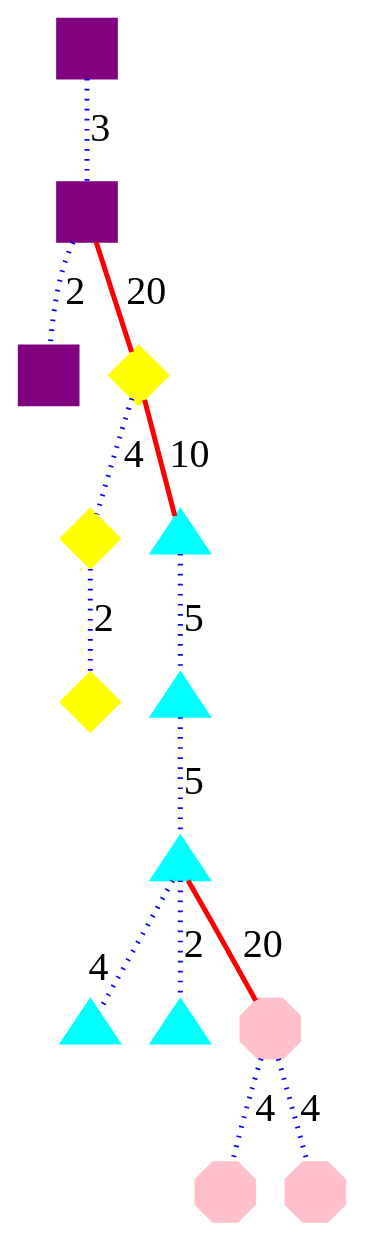
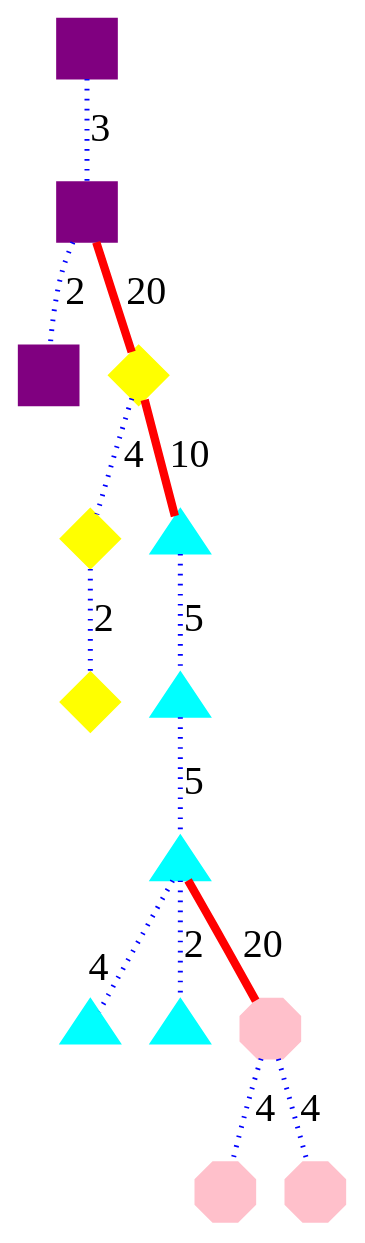
The diagram in graphs/marcotegui/propagation-f.gv (sgolodetz/waterfallpaper), drawn with Graphviz before and after one commit. The commit also changed 2 other files, not shown here.

Commit message:
Make the red edges in Figure 7 bolder.

```diff
--- a/graphs/marcotegui/propagation-f.gv
+++ b/graphs/marcotegui/propagation-f.gv
@@ -1,35 +1,35 @@
 digraph
 {
 	compound = true;
 	node [shape=circle, style=filled, color=black, label="", regular=true];
 	edge [dir=both, arrowtail=none, arrowhead=none, penwidth=3, fontsize=24];
 
 	n0 -> n1 [label=3, color=blue, style=dotted];
 	n1 -> n2 [label=2, color=blue, style=dotted];
-	n1 -> n3 [label=20, color=red];
+	n1 -> n3 [label=20, color=red, penwidth=5];
 	n3 -> n4 [label=4, color=blue, style=dotted];
-	n3 -> n5 [label=10, color=red];
+	n3 -> n5 [label=10, color=red, penwidth=5];
 	n4 -> n6 [label=2, color=blue, style=dotted];
 	n5 -> n7 [label=5, color=blue, style=dotted];
 	n7 -> n8 [label=5, color=blue, style=dotted];
 	n8 -> n9 [headlabel=4, labeldistance=2.5, labelangle=30, color=blue, style=dotted];
 	n8 -> n10 [label=2, color=blue, style=dotted];
-	n8 -> n11 [label=20, color=red];
+	n8 -> n11 [label=20, color=red, penwidth=5];
 	n11 -> n12 [label=4, color=blue, style=dotted];
 	n11 -> n13 [label=4, color=blue, style=dotted];
 
 	n0 [color=purple, shape=square];
 	n1 [color=purple, shape=square];
 	n2 [color=purple, shape=square];
 	n3 [color=yellow, shape=diamond];
 	n4 [color=yellow, shape=diamond];
 	n5 [color=cyan, shape=triangle];
 	n6 [color=yellow, shape=diamond];
 	n7 [color=cyan, shape=triangle];
 	n8 [color=cyan, shape=triangle];
 	n9 [color=cyan, shape=triangle];
 	n10 [color=cyan, shape=triangle];
 	n11 [color=pink, shape=octagon];
 	n12 [color=pink, shape=octagon];
 	n13 [color=pink, shape=octagon];
 }
```
